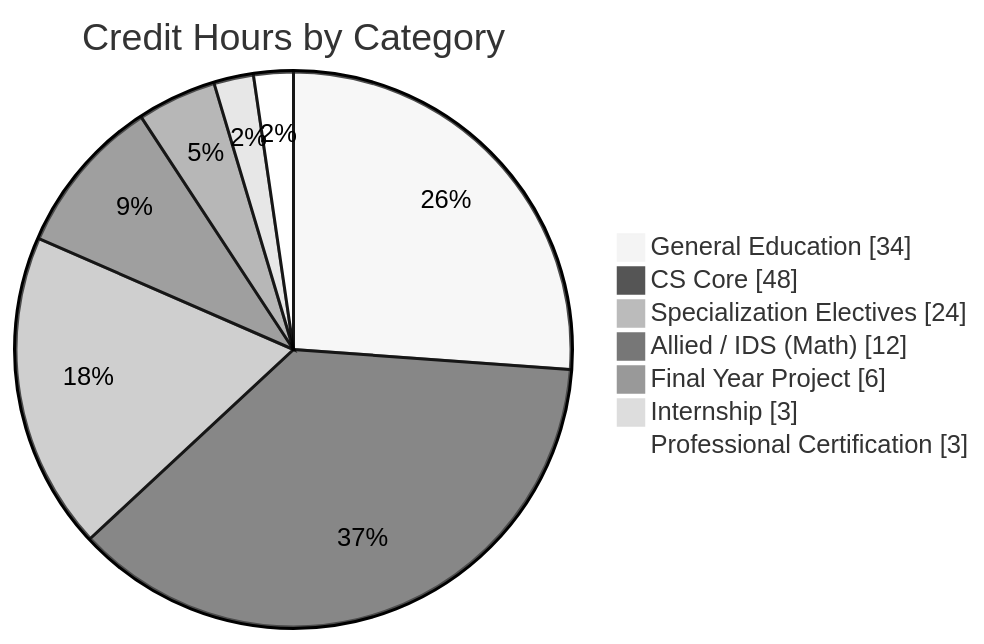
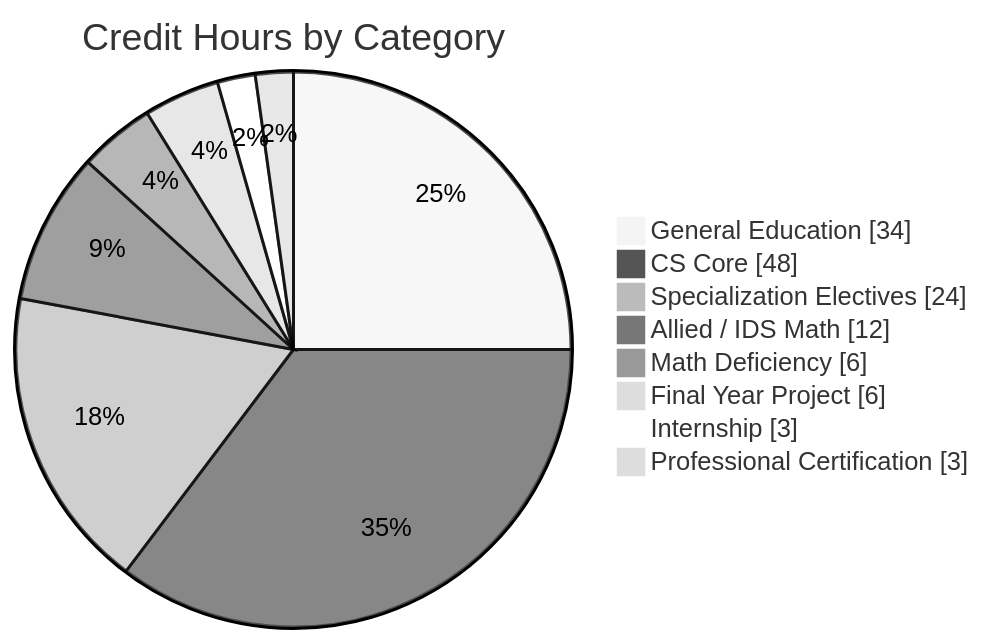
One commit to salikhussain71-code/salikhussain71-code changed the third of 8 diagrams in README.md. Above: the diagram before and after it, drawn with Mermaid (neutral theme). The commit also changed other lines of this file, not shown here.

````diff
--- a/README.md
+++ b/README.md
@@ -201,11 +177,12 @@
 ```mermaid
 pie showData
     title Credit Hours by Category
     "General Education" : 34
     "CS Core" : 48
     "Specialization Electives" : 24
-    "Allied / IDS (Math)" : 12
+    "Allied / IDS Math" : 12
+    "Math Deficiency" : 6
     "Final Year Project" : 6
     "Internship" : 3
     "Professional Certification" : 3
 ```
````
